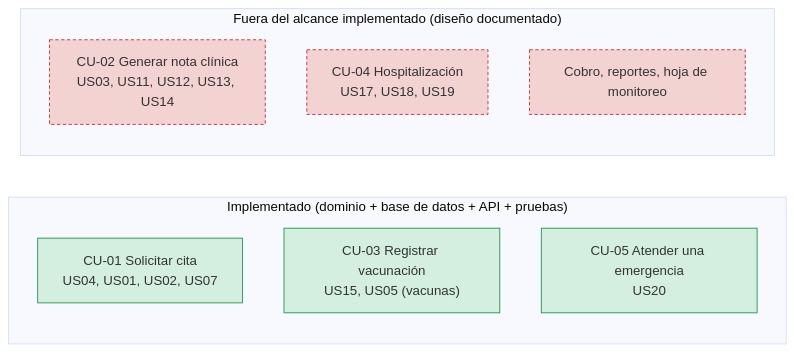
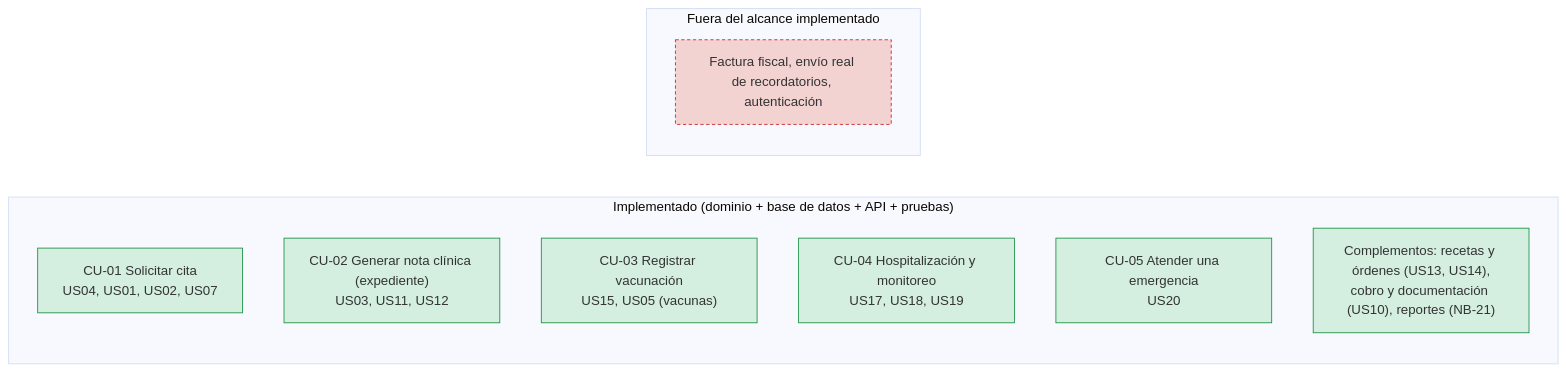
The diagram in docs/architecture/diagrams/13_alcance.mmd (Angietptp/VetCare24_PIA_EQ4), drawn with Mermaid (base theme) before and after one commit. The commit also changed 54 other files, not shown here.

Commit message:
Implementa CU-02, CU-04, cobro, recetas y reportes

```diff
--- a/docs/architecture/diagrams/13_alcance.mmd
+++ b/docs/architecture/diagrams/13_alcance.mmd
@@ -1,15 +1,16 @@
 flowchart LR
   subgraph IMP["Implementado (dominio + base de datos + API + pruebas)"]
     CU01["CU-01 Solicitar cita<br/>US04, US01, US02, US07"]
+    CU02["CU-02 Generar nota clínica (expediente)<br/>US03, US11, US12"]
     CU03["CU-03 Registrar vacunación<br/>US15, US05 (vacunas)"]
+    CU04["CU-04 Hospitalización y monitoreo<br/>US17, US18, US19"]
     CU05["CU-05 Atender una emergencia<br/>US20"]
+    COM["Complementos: recetas y órdenes (US13, US14),<br/>cobro y documentación (US10), reportes (NB-21)"]
   end
-  subgraph OUT["Fuera del alcance implementado (diseño documentado)"]
-    CU02["CU-02 Generar nota clínica<br/>US03, US11, US12, US13, US14"]
-    CU04["CU-04 Hospitalización<br/>US17, US18, US19"]
-    REP["Cobro, reportes, hoja de monitoreo"]
+  subgraph OUT["Fuera del alcance implementado"]
+    REP["Factura fiscal, envío real de recordatorios, autenticación"]
   end
   classDef ok fill:#d4efdf,stroke:#148c3c;
   classDef no fill:#f3d2d2,stroke:#c81e1e,stroke-dasharray:4 3;
-  class CU01,CU03,CU05 ok;
-  class CU02,CU04,REP no;
+  class CU01,CU02,CU03,CU04,CU05,COM ok;
+  class REP no;
```
